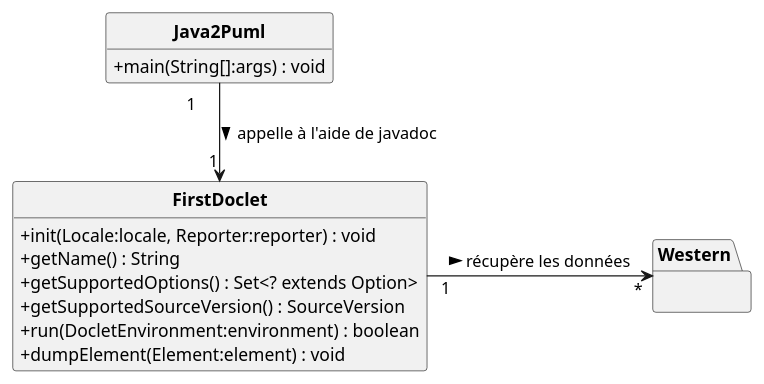
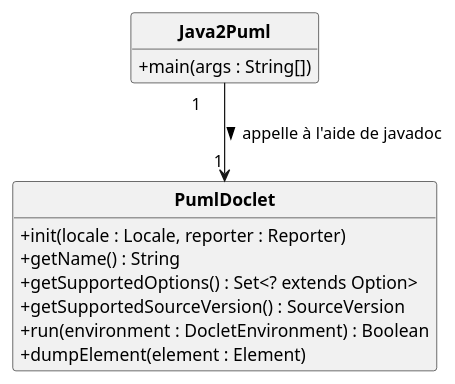
Before and after one commit to yassinkioua/Projet-PumlFromJava: the diagram in uml/DCC.puml, drawn with PlantUML. The commit also changed 1 other file, not shown here.

Commit message:
Maj Diagramme

```diff
--- a/uml/DCC.puml
+++ b/uml/DCC.puml
@@ -1,28 +1,26 @@
 @startuml
 'https://plantuml.com/class-diagram
 skinparam classAttributeIconSize 0
 skinparam classFontStyle Bold
 skinparam style strictuml
 hide empty members
 
 class Java2Puml
 {
-   +main(String[]:args) : void
+   +main(args : String[])
 }
-class FirstDoclet
+class PumlDoclet
 {
-+init(Locale:locale, Reporter:reporter) : void
++init(locale : Locale, reporter : Reporter)
 +getName() : String
 +getSupportedOptions() : Set<? extends Option>
 +getSupportedSourceVersion() : SourceVersion
-+run(DocletEnvironment:environment) : boolean
-+ dumpElement(Element:element) : void
++run(environment : DocletEnvironment) : Boolean
++ dumpElement(element : Element)
 }
 
-package Western{}
 
-Java2Puml " 1\t" --> "\t1" FirstDoclet : appelle à l'aide de javadoc >
-FirstDoclet " 1\t" -> "\t*" Western : récupère les données >
+Java2Puml " 1\t" --> "\t1" PumlDoclet : appelle à l'aide de javadoc >
 
 
 @enduml
```
